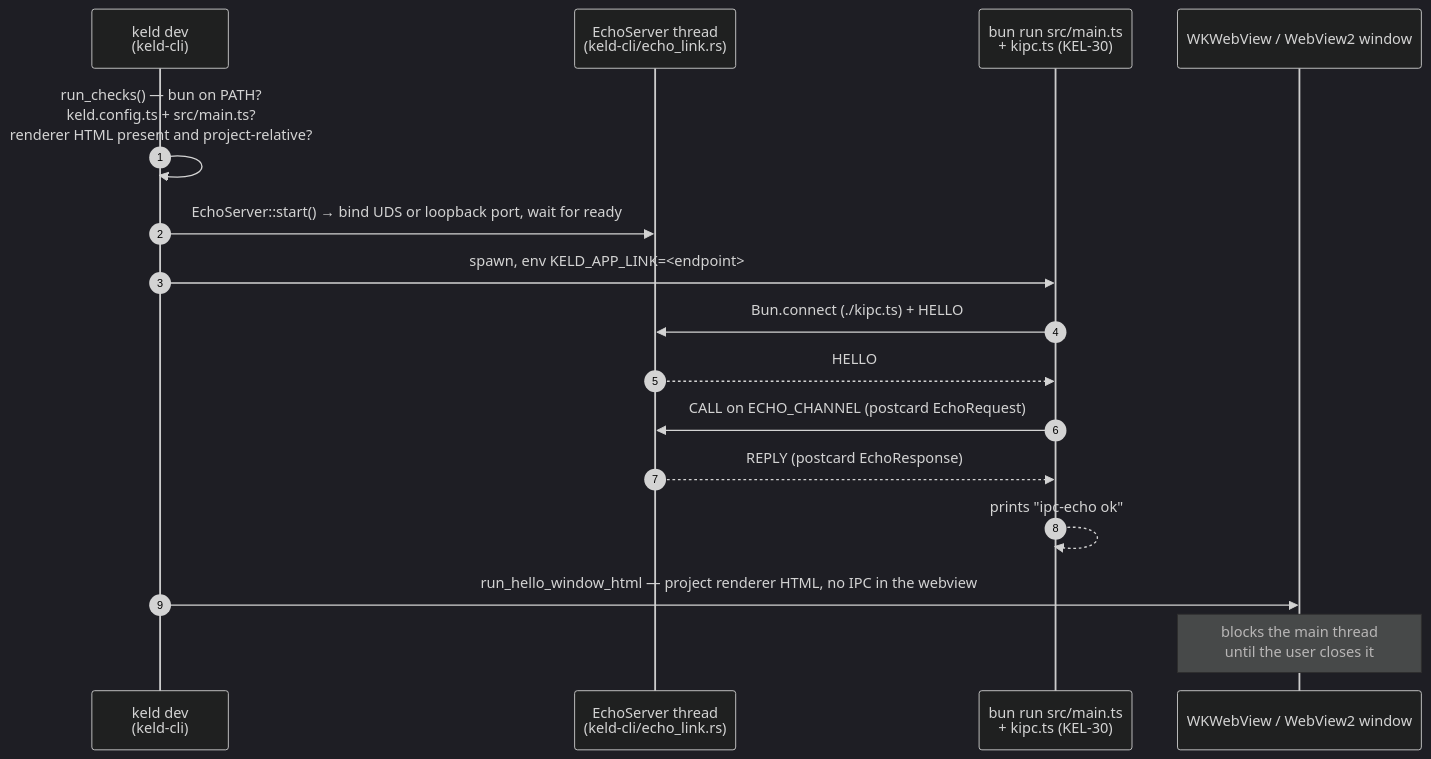
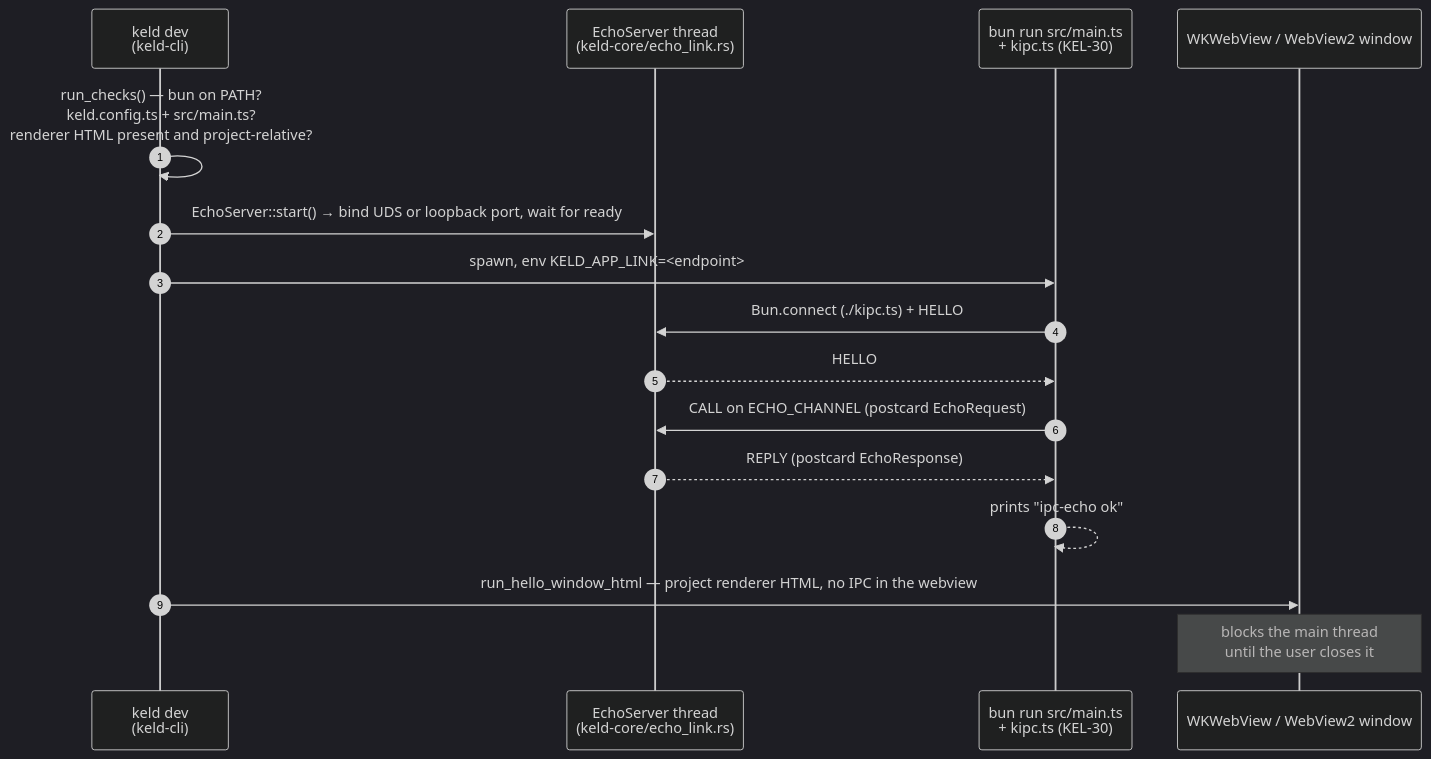
Before and after one commit to gyldlab/keld: the second of 3 diagrams in docs/onboarding/02-architecture-guide.md, drawn with Mermaid (dark theme). The commit also changed other lines of this file and 10 other files, not shown here.

First line of the commit message:
fix(ci): host-dirs exclude cargo dev-deps for KEL-30 graph

````diff
--- a/docs/onboarding/02-architecture-guide.md
+++ b/docs/onboarding/02-architecture-guide.md
@@ -256,25 +256,25 @@
 ```mermaid
 sequenceDiagram
     accTitle: Current keld dev echo and subsequent window flow
     accDescr {
       The live CLI starts a token-authenticated Bun echo session and waits for it to
       finish before opening the project webview window. The Bun session and window do
       not coexist in this current diagnostic vertical slice.
     }
     autonumber
     participant CLI as keld dev<br/>(keld-cli)
-    participant Srv as EchoServer thread<br/>(keld-cli/echo_link.rs)
+    participant Srv as EchoServer thread<br/>(keld-core/echo_link.rs)
     participant Bun as bun run src/main.ts<br/>+ kipc.ts (KEL-30)
     participant Win as WKWebView / WebView2 window
 
     CLI->>CLI: run_checks() — bun on PATH?<br/>keld.config.ts + src/main.ts?<br/>renderer HTML present and project-relative?
     CLI->>Srv: EchoServer::start() → bind UDS or loopback port, wait for ready
     CLI->>Bun: spawn, env KELD_APP_LINK=<endpoint>#<token>
     Bun->>Srv: Bun.connect (./kipc.ts) + HELLO
     Srv-->>Bun: HELLO
     Bun->>Srv: CALL on ECHO_CHANNEL (postcard EchoRequest)
     Srv-->>Bun: REPLY (postcard EchoResponse)
     Bun-->>Bun: prints "ipc-echo ok"
     CLI->>Win: run_hello_window_html — project renderer HTML, no IPC in the webview
     Note over Win: blocks the main thread<br/>until the user closes it
 ```
````
